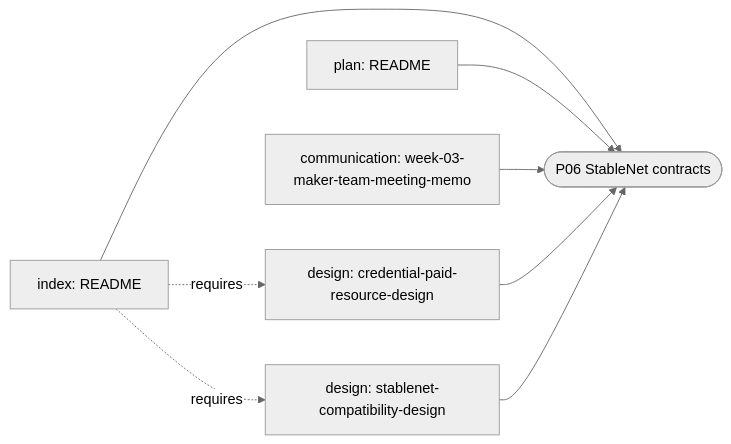
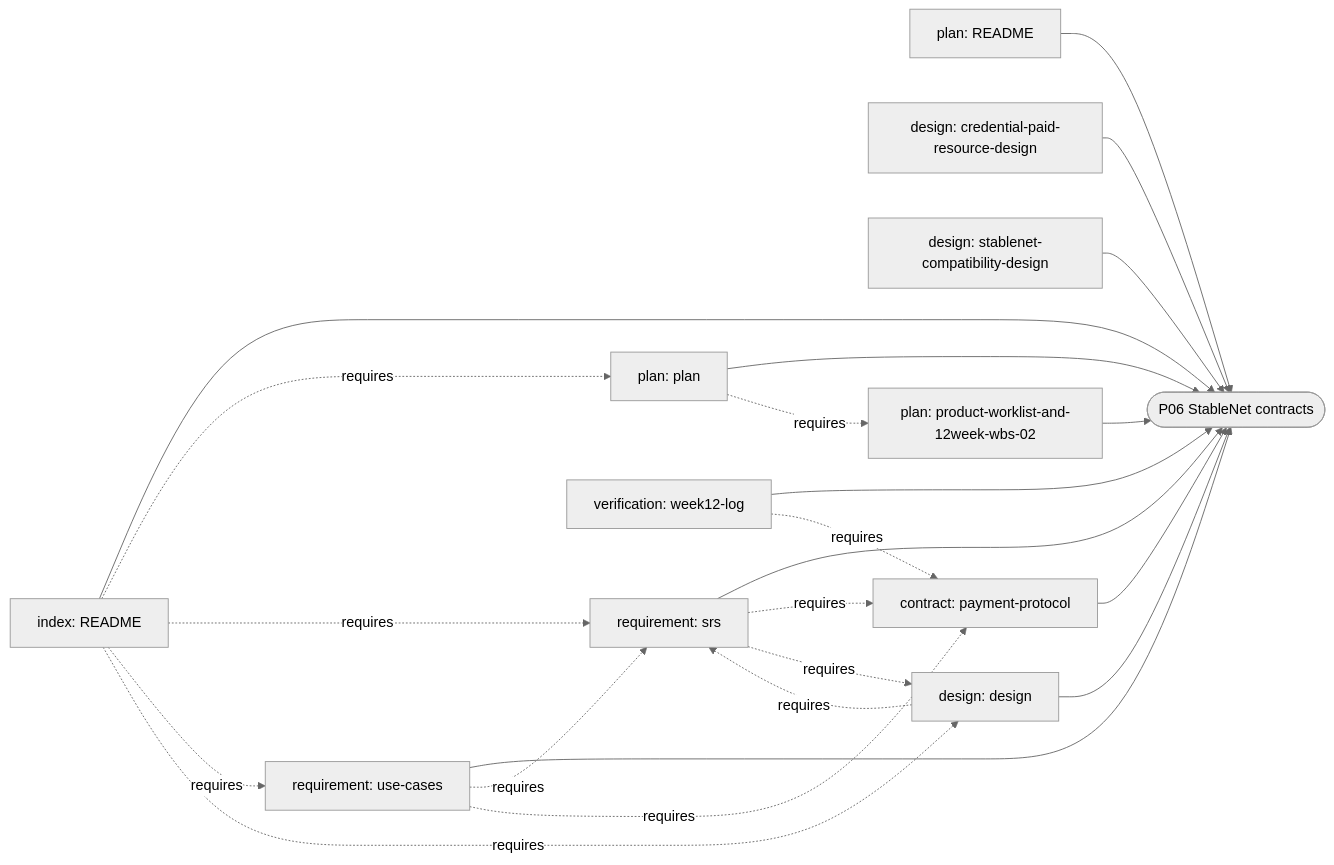
Before and after one commit to 0xmhha/nu-54v-dk-toy: the sixth of 10 diagrams in docs/content/analysis/xbar/FINDINGS.md, drawn with Mermaid (neutral theme). The commit also changed other lines of this file and 31 other files, not shown here.

````diff
--- a/docs/content/analysis/xbar/FINDINGS.md
+++ b/docs/content/analysis/xbar/FINDINGS.md
@@ -961,11 +1145,26 @@
 ```mermaid
 graph LR
   P06(["P06 StableNet contracts"])
   d0["index: README"] --> P06
   d1["plan: README"] --> P06
-  d2["communication: week-03-maker-team-meeting-memo"] --> P06
-  d3["design: credential-paid-resource-design"] --> P06
-  d4["design: stablenet-compatibility-design"] --> P06
+  d2["design: credential-paid-resource-design"] --> P06
+  d3["design: stablenet-compatibility-design"] --> P06
+  d4["plan: plan"] --> P06
+  d5["requirement: srs"] --> P06
+  d6["requirement: use-cases"] --> P06
+  d7["design: design"] --> P06
+  d8["plan: product-worklist-and-12week-wbs-02"] --> P06
+  d9["contract: payment-protocol"] --> P06
+  d10["verification: week12-log"] --> P06
   d0 -. requires .-> d4
-  d0 -. requires .-> d3
+  d0 -. requires .-> d5
+  d0 -. requires .-> d6
+  d0 -. requires .-> d7
+  d4 -. requires .-> d8
+  d5 -. requires .-> d9
+  d5 -. requires .-> d7
+  d6 -. requires .-> d5
+  d6 -. requires .-> d9
+  d7 -. requires .-> d5
+  d10 -. requires .-> d9
 ```
````
